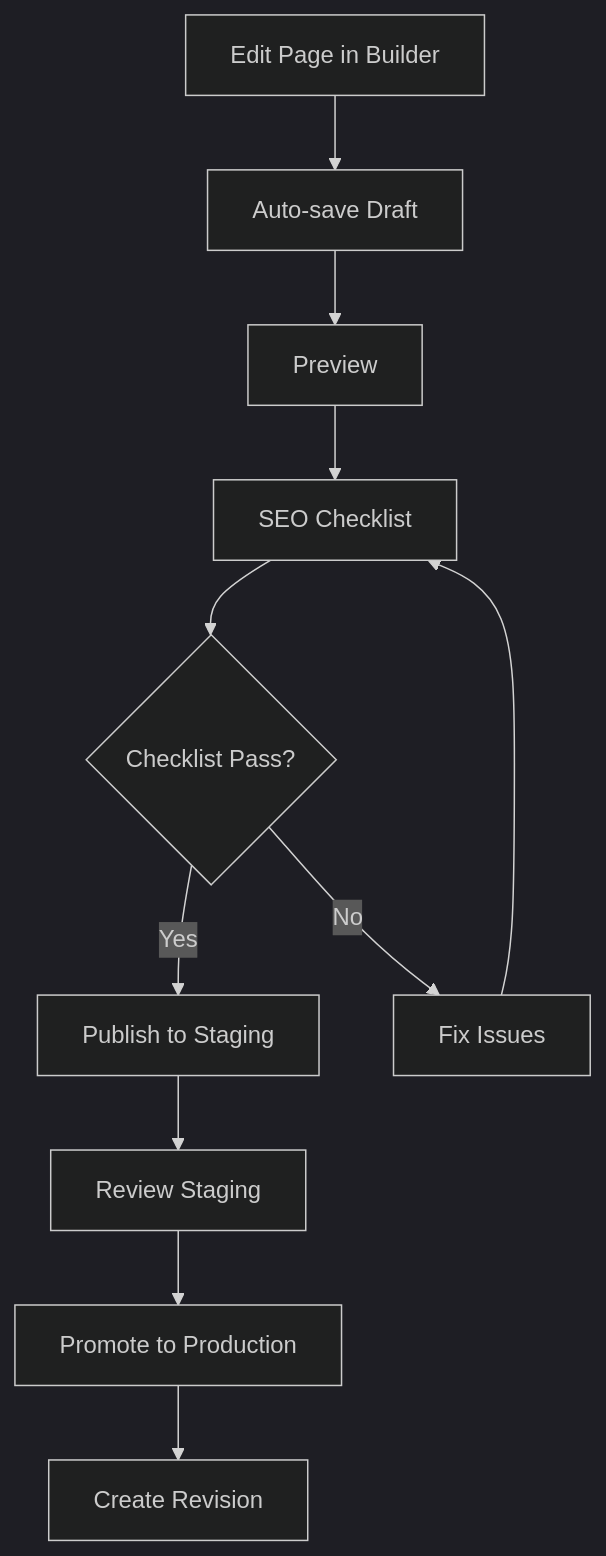
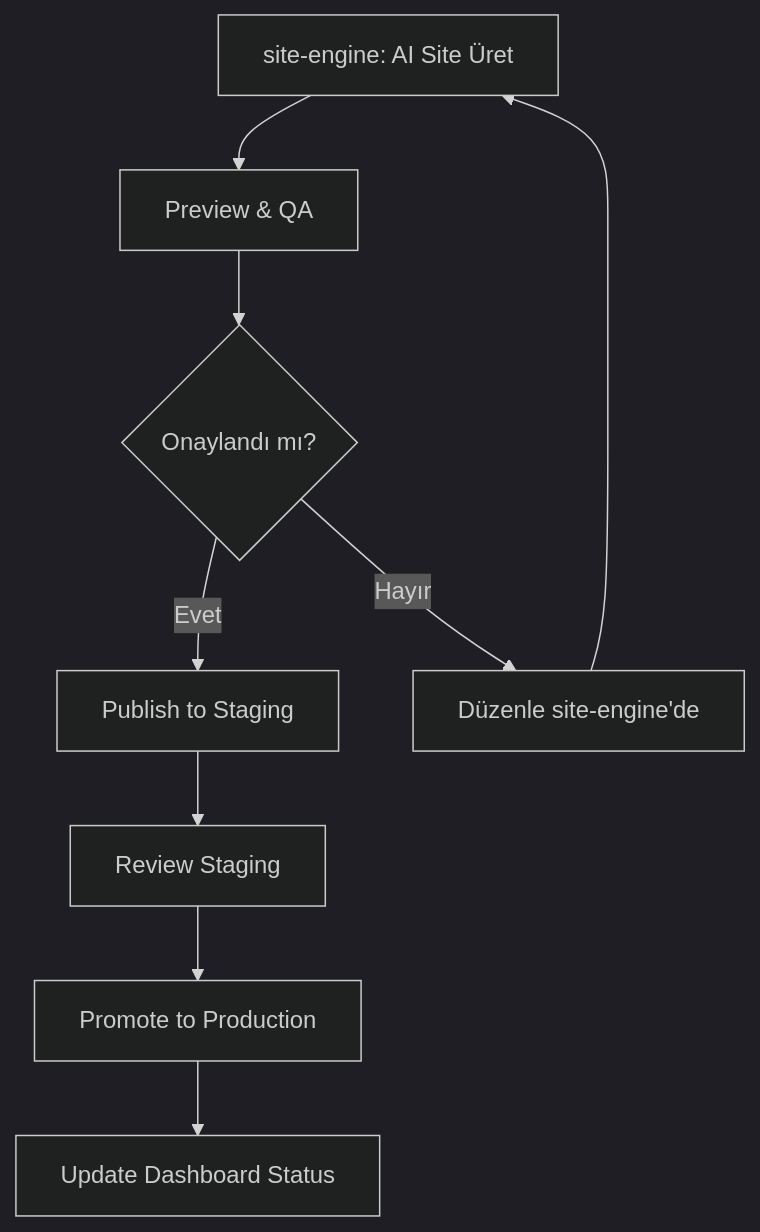
Before and after one commit to arslanibrahim95/prosektorweb_dashboard: the fourth of 6 diagrams in docs/agents.md, drawn with Mermaid (dark theme). The commit also changed other lines of this file and 55 other files, not shown here.

````diff
--- a/docs/agents.md
+++ b/docs/agents.md
@@ -331,13 +347,11 @@
 ```mermaid
 flowchart TD
-    A[Edit Page in Builder] --> B[Auto-save Draft]
-    B --> C[Preview]
-    C --> D[SEO Checklist]
-    D --> E{Checklist Pass?}
-    E -->|Yes| F[Publish to Staging]
-    E -->|No| G[Fix Issues]
-    G --> D
-    F --> H[Review Staging]
-    H --> I[Promote to Production]
-    I --> J[Create Revision]
+    A[site-engine: AI Site Üret] --> B[Preview & QA]
+    B --> C{Onaylandı mı?}
+    C -->|Evet| D[Publish to Staging]
+    C -->|Hayır| E[Düzenle site-engine'de]
+    E --> A
+    D --> F[Review Staging]
+    F --> G[Promote to Production]
+    G --> H[Update Dashboard Status]
 ```
````
